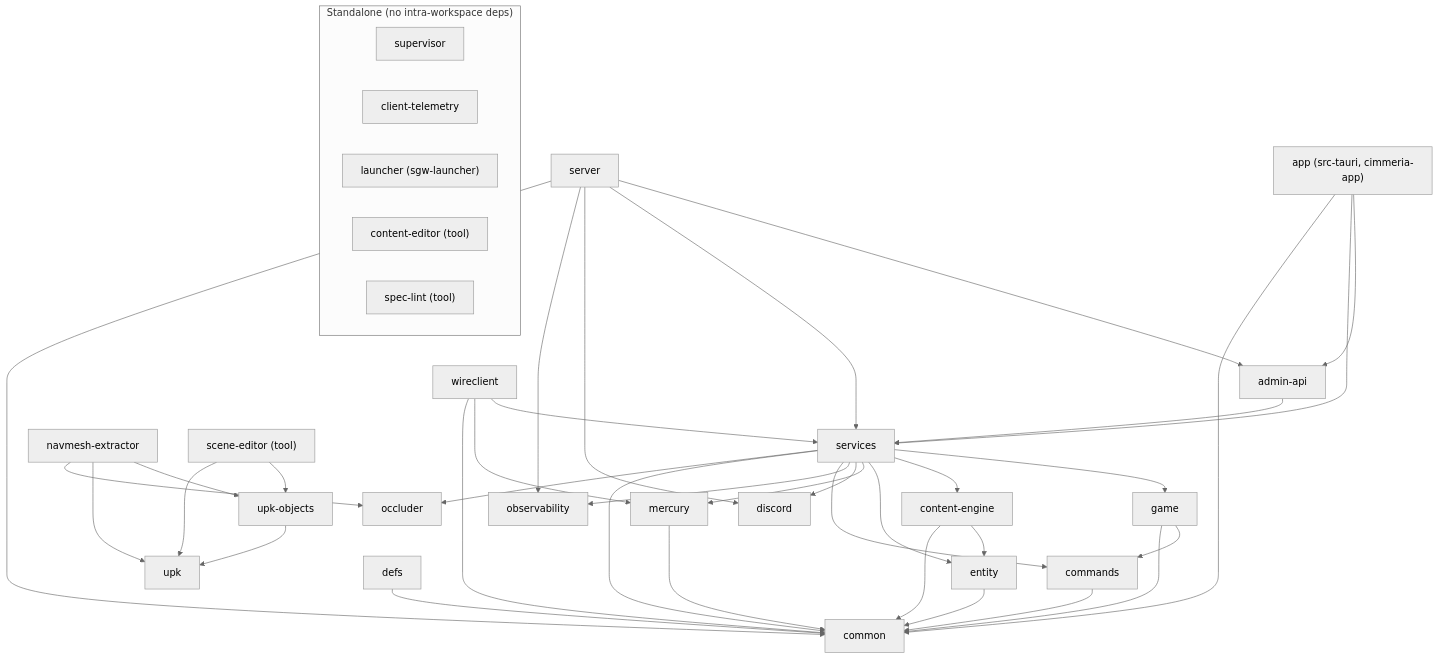
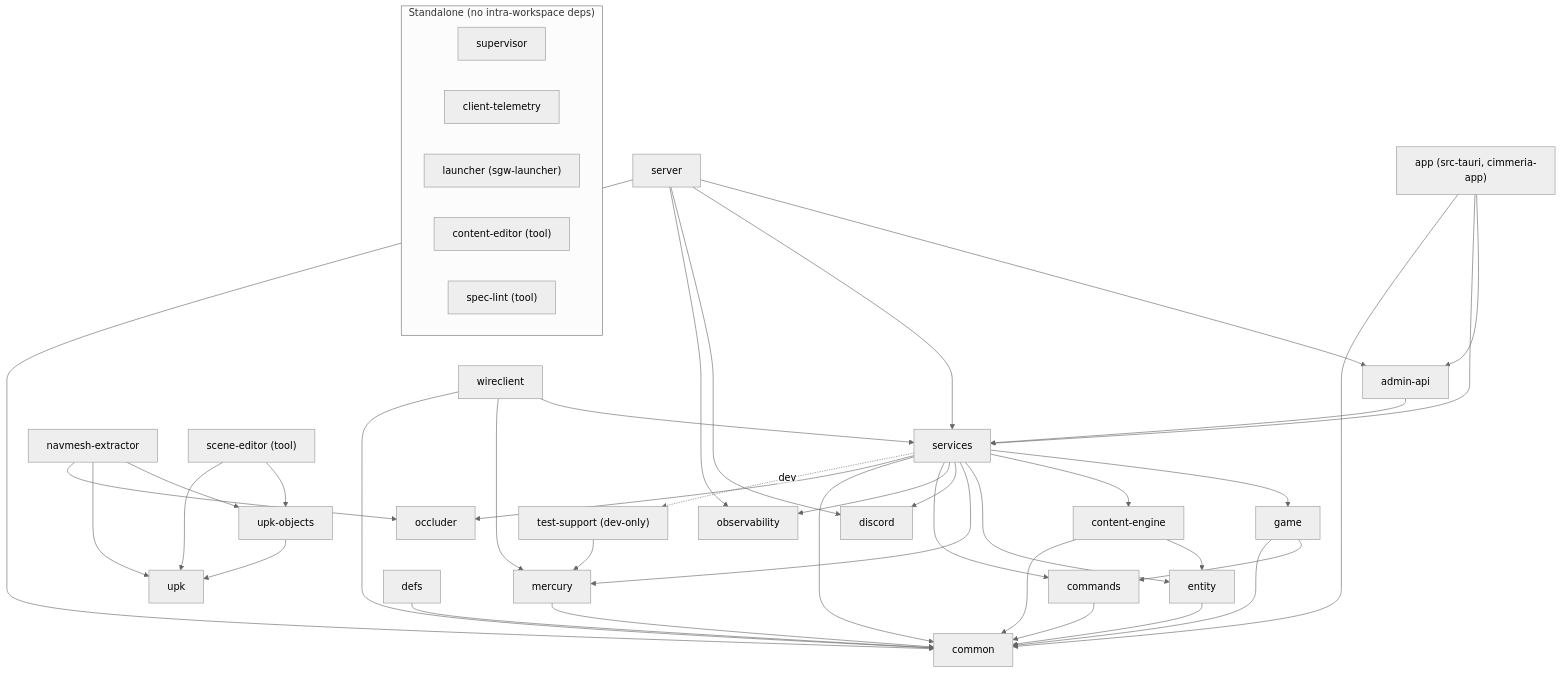
Before and after one commit to SandboxServers/Cimmeria: the diagram in README.md, drawn with Mermaid. The commit also changed other lines of this file and 15 other files, not shown here.

````diff
--- a/README.md
+++ b/README.md
@@ -95,55 +95,59 @@
 ```mermaid
 %%{init: {"flowchart": {"htmlLabels": false}, "theme": "neutral"}}%%
 flowchart TD
     %% entry points / binaries
     server --> adminApi["admin-api"]
     server --> services
     server --> discord
     server --> observability
     server --> common
     app["app (src-tauri, cimmeria-app)"] --> adminApi
     app --> services
     app --> common
     wireclient --> services
     wireclient --> mercury
     wireclient --> common
 
     %% service + domain layer
     adminApi --> services
     services --> game
     services --> contentEngine["content-engine"]
     services --> entity
     services --> mercury
     services --> discord
     services --> observability
     services --> commands
     services --> common
     game --> commands
     game --> common
     contentEngine --> entity
     contentEngine --> common
     entity --> common
 
     %% foundation
     mercury --> common
     defs --> common
     commands --> common
 
     %% UPK / navmesh toolchain (independent of the server spine)
     navmeshExtractor["navmesh-extractor"] --> upkObjects["upk-objects"]
     navmeshExtractor --> upk
     navmeshExtractor --> occluder
     services --> occluder
     sceneEditor["scene-editor (tool)"] --> upkObjects
+
+    %% test-only
+    services -. dev .-> testSupport["test-support (dev-only)"]
+    testSupport --> mercury
     sceneEditor --> upk
     upkObjects --> upk
 
     %% standalone crates with no intra-workspace dependencies
     subgraph standalone["Standalone (no intra-workspace deps)"]
         supervisor
         clientTelemetry["client-telemetry"]
         launcher["launcher (sgw-launcher)"]
         contentEditor["content-editor (tool)"]
         specLint["spec-lint (tool)"]
     end
 ```
````
